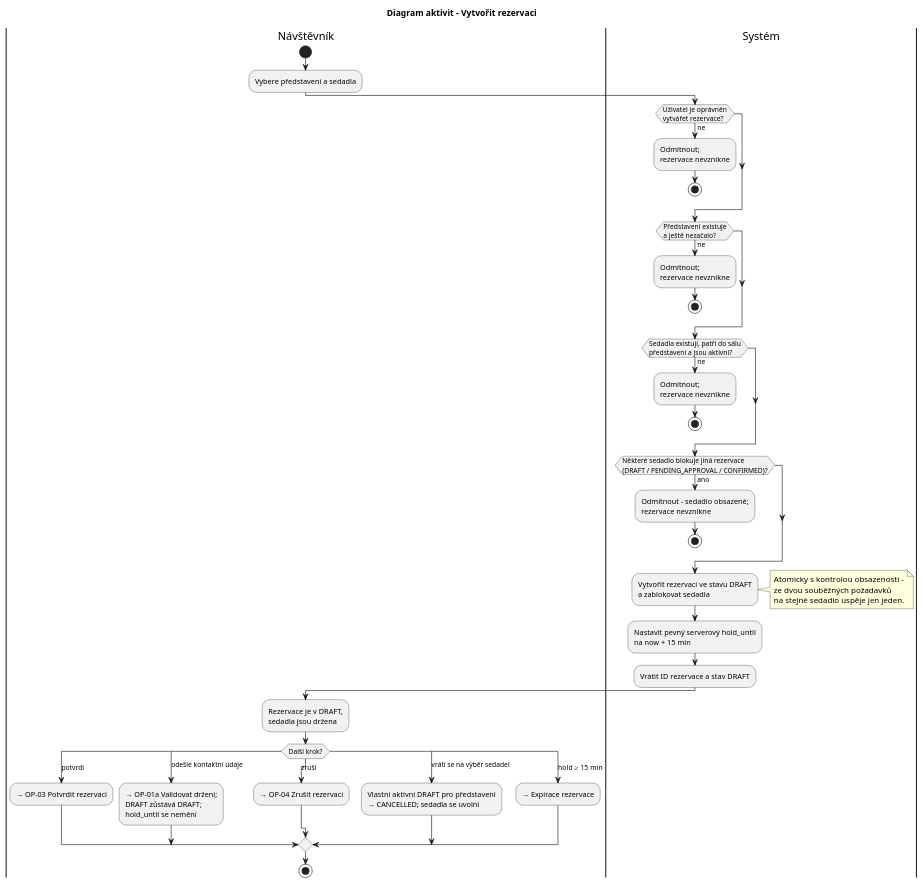
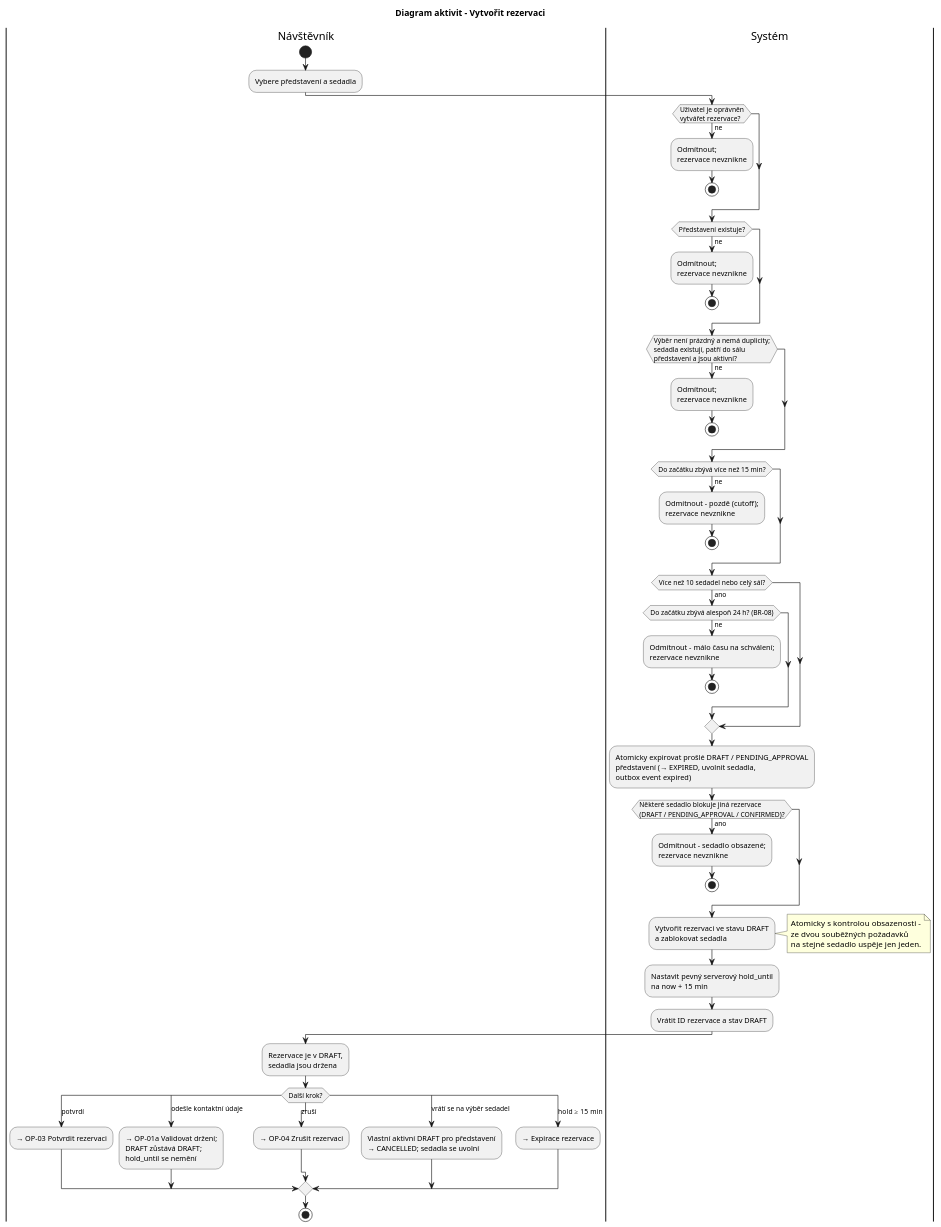
Before and after one commit to jn-flk/SWI: the diagram in docs/diagrams/c02/activity-op01-create.puml, drawn with PlantUML. The commit also changed 10 other files, not shown here.

Commit message:
diagrams and dd changes (create_reservation)

```diff
--- a/docs/diagrams/c02/activity-op01-create.puml
+++ b/docs/diagrams/c02/activity-op01-create.puml
@@ -1,47 +1,58 @@
 @startuml
 title Diagram aktivit – Vytvořit rezervaci
 
 |Návštěvník|
 start
 :Vybere představení a sedadla;
 |Systém|
 if (Uživatel je oprávněn\nvytvářet rezervace?) then (ne)
   :Odmítnout;\nrezervace nevznikne;
   stop
 endif
-if (Představení existuje\na ještě nezačalo?) then (ne)
+if (Představení existuje?) then (ne)
   :Odmítnout;\nrezervace nevznikne;
   stop
 endif
-if (Sedadla existují, patří do sálu\npředstavení a jsou aktivní?) then (ne)
+if (Výběr není prázdný a nemá duplicity;\nsedadla existují, patří do sálu\npředstavení a jsou aktivní?) then (ne)
   :Odmítnout;\nrezervace nevznikne;
   stop
 endif
+if (Do začátku zbývá více než 15 min?) then (ne)
+  :Odmítnout – pozdě (cutoff);\nrezervace nevznikne;
+  stop
+endif
+if (Více než 10 sedadel nebo celý sál?) then (ano)
+  if (Do začátku zbývá alespoň 24 h? (BR-08)) then (ne)
+    :Odmítnout – málo času na schválení;\nrezervace nevznikne;
+    stop
+  endif
+endif
+:Atomicky expirovat prošlé DRAFT / PENDING_APPROVAL\npředstavení (→ EXPIRED, uvolnit sedadla,\noutbox event expired);
 if (Některé sedadlo blokuje jiná rezervace\n(DRAFT / PENDING_APPROVAL / CONFIRMED)?) then (ano)
   :Odmítnout – sedadlo obsazené;\nrezervace nevznikne;
   stop
 endif
 :Vytvořit rezervaci ve stavu DRAFT\na zablokovat sedadla;
 note right
   Atomicky s kontrolou obsazenosti –
   ze dvou souběžných požadavků
   na stejné sedadlo uspěje jen jeden.
 end note
 :Nastavit pevný serverový hold_until\nna now + 15 min;
 :Vrátit ID rezervace a stav DRAFT;
 |Návštěvník|
 :Rezervace je v DRAFT,\nsedadla jsou držena;
 switch (Další krok?)
 case (potvrdí)
   :→ OP-03 Potvrdit rezervaci;
 case (odešle kontaktní údaje)
   :→ OP-01a Validovat držení;\nDRAFT zůstává DRAFT;\nhold_until se nemění;
 case (zruší)
   :→ OP-04 Zrušit rezervaci;
 case (vrátí se na výběr sedadel)
   :Vlastní aktivní DRAFT pro představení\n→ CANCELLED; sedadla se uvolní;
 case (hold ≥ 15 min)
   :→ Expirace rezervace;
 endswitch
 stop
 @enduml
```
